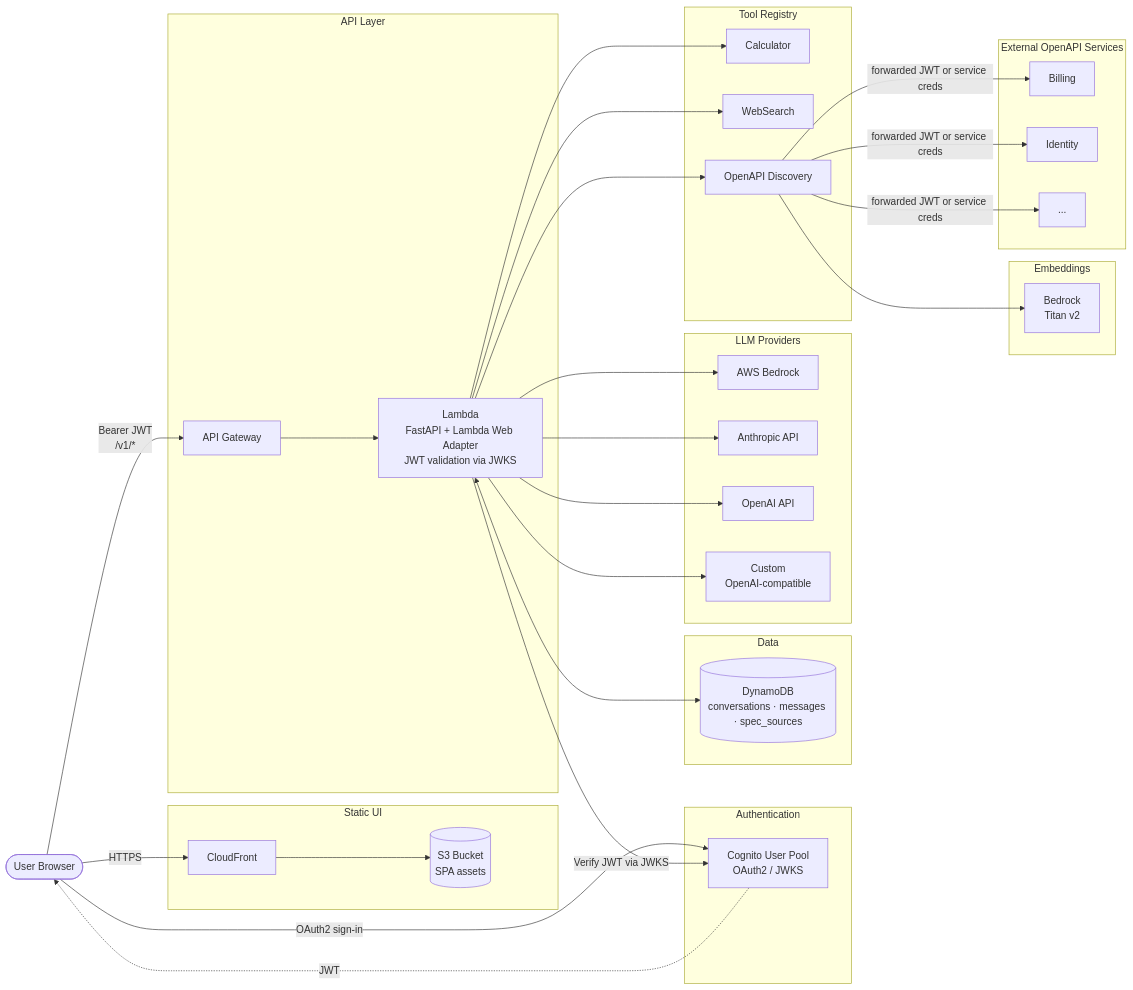
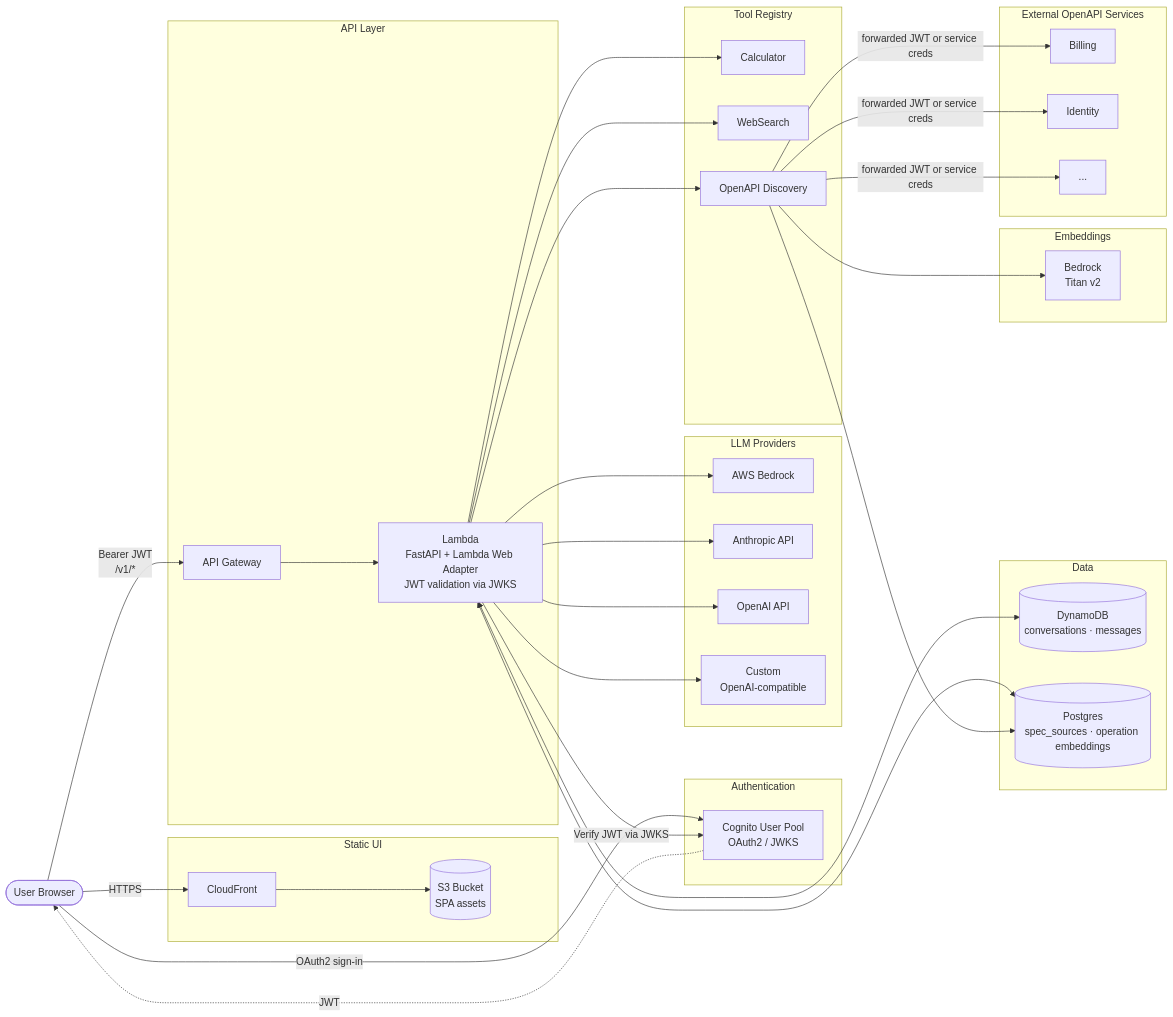
One commit to derekvasilich/lambda-chat-agent changed the diagram in README.md. Above: the diagram before and after it, drawn with Mermaid. The commit also changed other lines of this file and 23 other files, not shown here.

````diff
--- a/README.md
+++ b/README.md
@@ -7,65 +7,68 @@
 ```mermaid
 flowchart LR
     User([User Browser])
 
     subgraph Frontend["Static UI"]
         CF[CloudFront]
         S3[(S3 Bucket<br/>SPA assets)]
     end
 
     subgraph Auth["Authentication"]
         Cognito[Cognito User Pool<br/>OAuth2 / JWKS]
     end
 
     subgraph API["API Layer"]
         APIGW[API Gateway]
         Lambda[Lambda<br/>FastAPI + Lambda Web Adapter<br/>JWT validation via JWKS]
     end
 
     subgraph Data["Data"]
-        DDB[(DynamoDB<br/>conversations · messages · spec_sources)]
+        DDB[(DynamoDB<br/>conversations · messages)]
+        PG[(Postgres<br/>spec_sources · operation embeddings)]
     end
 
     subgraph LLMs["LLM Providers"]
         Bedrock[AWS Bedrock]
         Anthropic[Anthropic API]
         OpenAI[OpenAI API]
         Custom[Custom<br/>OpenAI-compatible]
     end
 
     subgraph Embed["Embeddings"]
         Titan[Bedrock<br/>Titan v2]
     end
 
     subgraph Tools["Tool Registry"]
         Calc[Calculator]
         Web[WebSearch]
         OD[OpenAPI Discovery]
     end
 
     subgraph Specs["External OpenAPI Services"]
         Svc1[Billing]
         Svc2[Identity]
         SvcN[...]
     end
 
     User -->|HTTPS| CF
     CF --> S3
     User -->|OAuth2 sign-in| Cognito
     Cognito -. JWT .-> User
     User -->|Bearer JWT<br/>/v1/*| APIGW
     APIGW --> Lambda
     Lambda -->|Verify JWT via JWKS| Cognito
     Lambda <--> DDB
+    Lambda <--> PG
     Lambda --> Bedrock
     Lambda --> Anthropic
     Lambda --> OpenAI
     Lambda --> Custom
     Lambda --> Calc
     Lambda --> Web
     Lambda --> OD
+    OD --> PG
     OD --> Titan
     OD -->|forwarded JWT or service creds| Svc1
     OD -->|forwarded JWT or service creds| Svc2
     OD -->|forwarded JWT or service creds| SvcN
 ```
````
